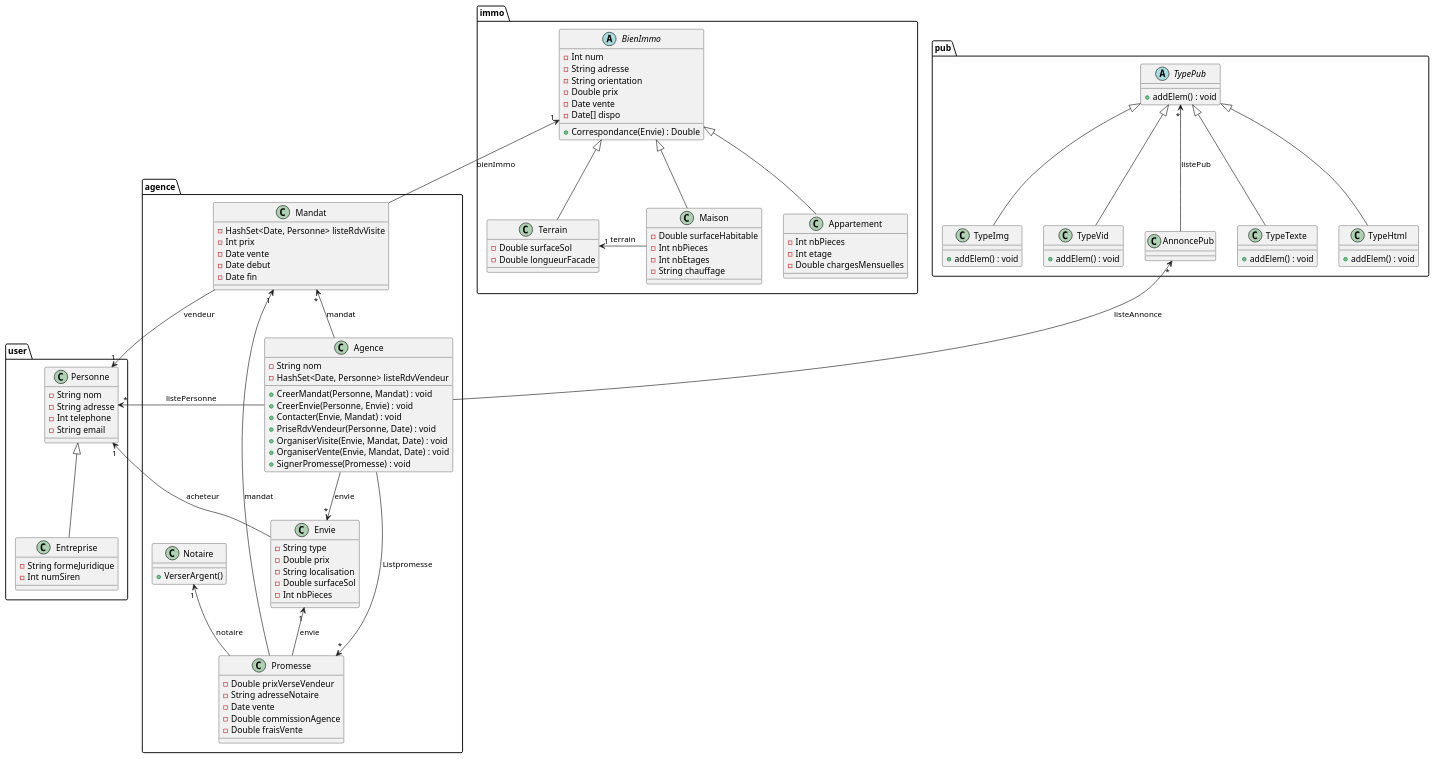
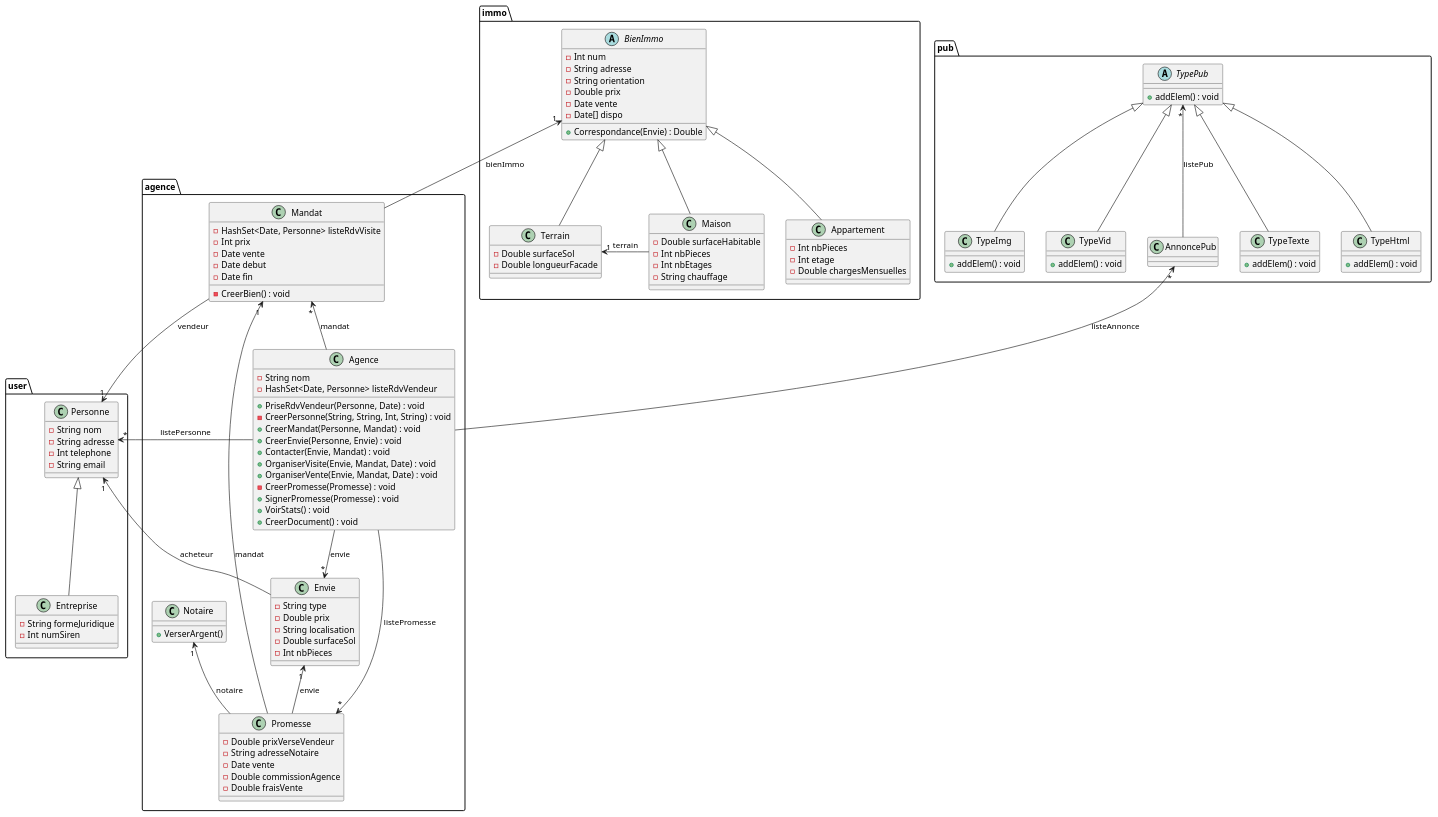
Before and after one commit to DenisGuiraudet/MIASHS_UML_PTUT: the diagram in DOC/UML/diagClass.plantuml, drawn with PlantUML. The commit also changed 5 other files, not shown here.

```diff
--- a/DOC/UML/diagClass.plantuml
+++ b/DOC/UML/diagClass.plantuml
@@ -2,154 +2,159 @@
 @startuml
 
 package user {
 
   class Personne {
     -String nom
     -String adresse
     -Int telephone
     -String email
   }
 
   class Entreprise {
     -String formeJuridique
     -Int numSiren
   }
 
   Entreprise -up-|> Personne
 
 }
 
 package agence {
 
   class Agence {
     -String nom
     -HashSet<Date, Personne> listeRdvVendeur
+    +PriseRdvVendeur(Personne, Date) : void
+    -CreerPersonne(String, String, Int, String) : void
     +CreerMandat(Personne, Mandat) : void
     +CreerEnvie(Personne, Envie) : void
     +Contacter(Envie, Mandat) : void
-    +PriseRdvVendeur(Personne, Date) : void
     +OrganiserVisite(Envie, Mandat, Date) : void
     +OrganiserVente(Envie, Mandat, Date) : void
+    -CreerPromesse(Promesse) : void
     +SignerPromesse(Promesse) : void
+    +VoirStats() : void
+    +CreerDocument() : void
   }
 
   Personne "*"<-- Agence : "listePersonne"
 
   class Envie {
     -String type
     -Double prix
     -String localisation
     -Double surfaceSol
     -Int nbPieces
   }
 
   class Mandat {
     -HashSet<Date, Personne> listeRdvVisite
     -Int prix
     -Date vente
     -Date debut
     -Date fin
+    -CreerBien() : void
   }
 
   Agence -up->"*" Mandat : "mandat"
   Agence -->"*" Envie : "envie"
 
   Envie -->"1" Personne : "acheteur"
   Mandat -->"1" Personne : "vendeur"
 
   class Promesse {
     -Double prixVerseVendeur
     -String adresseNotaire
     -Date vente
     -Double commissionAgence
     -Double fraisVente
   }
 
-  Agence -->"*" Promesse : "Listpromesse"
+  Agence -->"*" Promesse : "listePromesse"
   Mandat "1"<-- Promesse : "mandat"
   Envie "1"<-- Promesse : "envie"
 
   class Notaire {
     +VerserArgent()
   }
 
   Notaire "1"<-- Promesse : "notaire"
 
 }
 
 package pub {
 
   class AnnoncePub {
   }
 
   AnnoncePub "*"<-- Agence : "listeAnnonce"
-  TypePub "*"<-- AnnoncePub : "listePub"
+  TypePub "*"<-down- AnnoncePub : "listePub"
 
   abstract class TypePub {
     +addElem() : void
   }
 
   class TypeTexte {
     +addElem() : void
   }
 
   class TypeHtml {
     +addElem() : void
   }
 
   class TypeImg {
     +addElem() : void
   }
 
   class TypeVid {
     +addElem() : void
   }
 
   TypeTexte -up-|> TypePub
   TypeHtml -up-|> TypePub
   TypeImg -up-|> TypePub
   TypeVid -up-|> TypePub
 
 }
 
 package immo {
 
   abstract class BienImmo {
     -Int num
     -String adresse
     -String orientation
     -Double prix
     -Date vente
     -Date[] dispo
     +Correspondance(Envie) : Double
   }
 
   class Terrain {
     -Double surfaceSol
     -Double longueurFacade
   }
 
   class Maison {
     -Double surfaceHabitable
     -Int nbPieces
     -Int nbEtages
     -String chauffage
   }
 
   class Appartement {
     -Int nbPieces
     -Int etage
     -Double chargesMensuelles
   }
 
   BienImmo "1"<-- Mandat : "bienImmo"
 
   Terrain -up-|> BienImmo
   Maison -up-|> BienImmo
   Appartement -up-|> BienImmo
 
   Maison -left->"1" Terrain : "terrain"
 
 }
 
 @enduml
```
